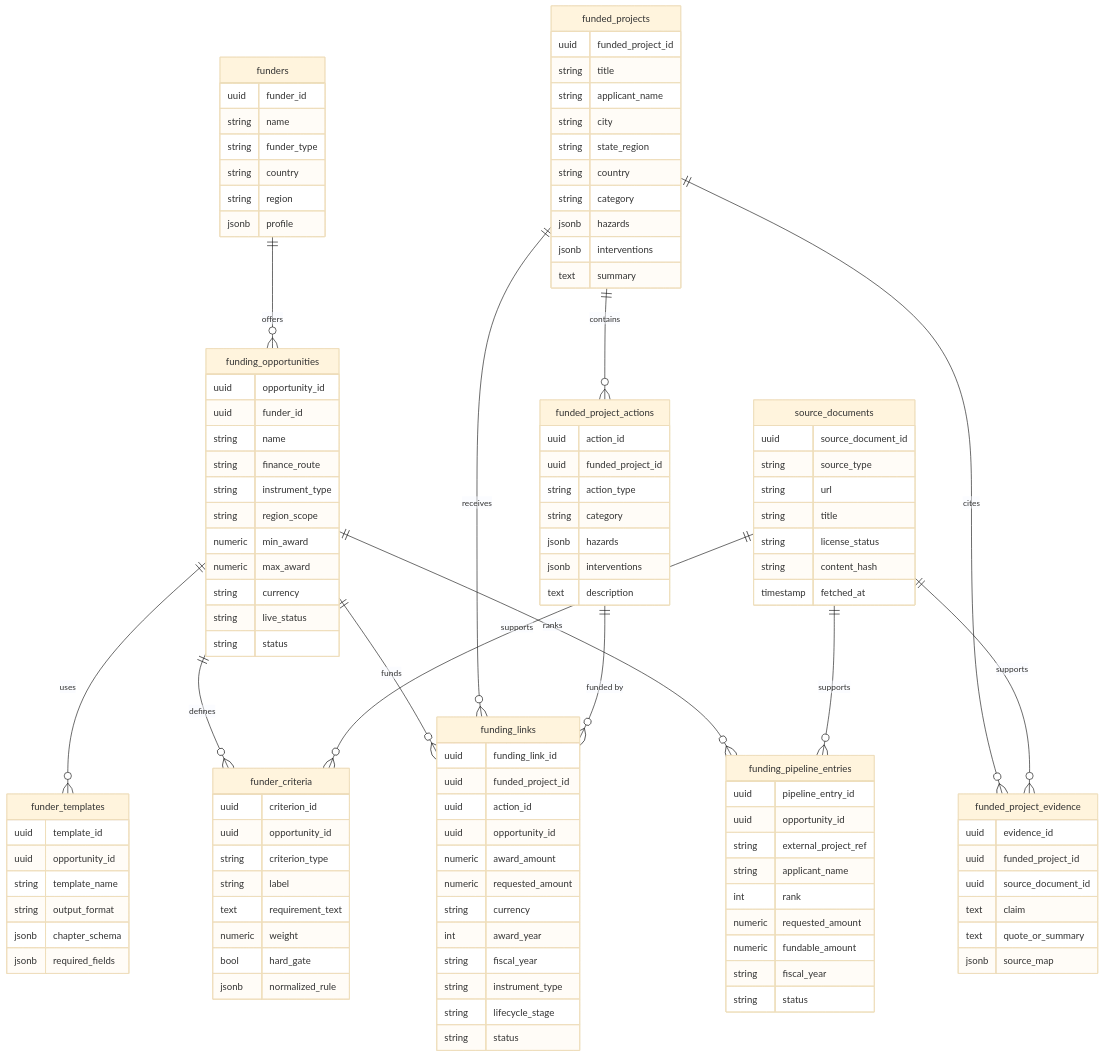
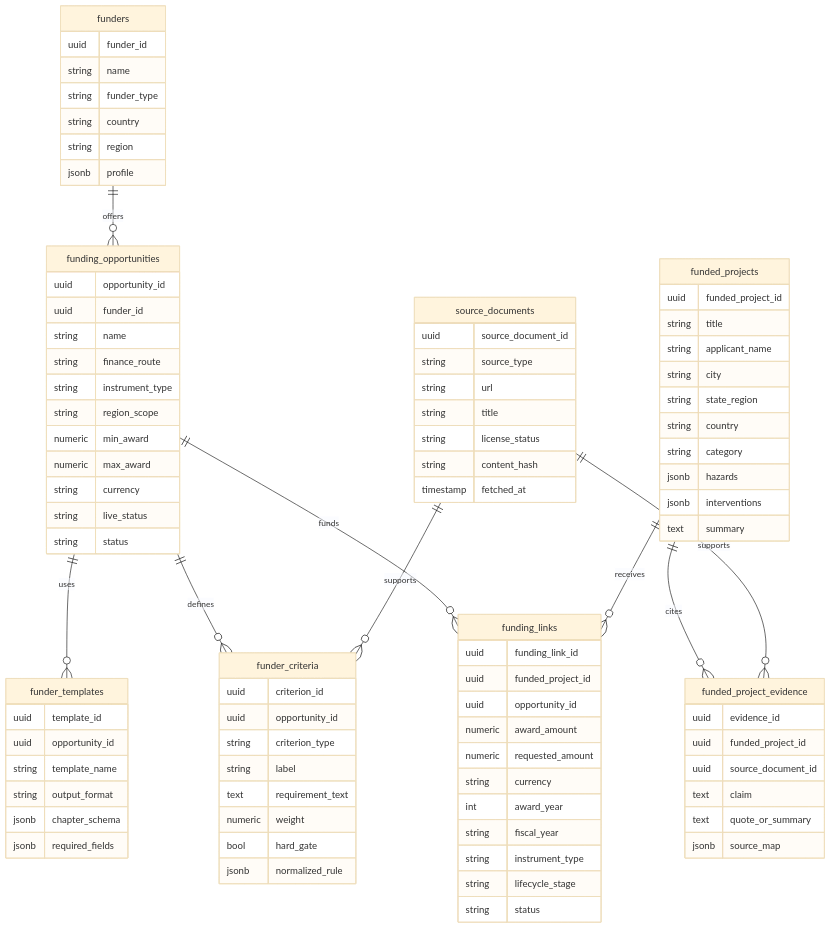
The sixth of 13 diagrams in docs/ConceptNoteBuilderArchitecture.md (Open-Earth-Foundation/CityCatalyst), drawn with Mermaid (base theme) before and after one commit. The commit also changed other lines of this file and 1 other file, not shown here.

Commit message:
Align PDF OCR and concept note architecture

```diff
--- a/docs/ConceptNoteBuilderArchitecture.md
+++ b/docs/ConceptNoteBuilderArchitecture.md
@@ -471,14 +489,10 @@
     funding_opportunities ||--o{ funder_templates : "uses"
     funding_opportunities ||--o{ funder_criteria : "defines"
     funding_opportunities ||--o{ funding_links : "funds"
-    funding_opportunities ||--o{ funding_pipeline_entries : "ranks"
-    funded_projects ||--o{ funded_project_actions : "contains"
     funded_projects ||--o{ funding_links : "receives"
-    funded_project_actions ||--o{ funding_links : "funded by"
     funded_projects ||--o{ funded_project_evidence : "cites"
     source_documents ||--o{ funded_project_evidence : "supports"
     source_documents ||--o{ funder_criteria : "supports"
-    source_documents ||--o{ funding_pipeline_entries : "supports"
 
     funders {
         uuid funder_id
@@ -536,20 +550,9 @@
         text summary
     }
 
-    funded_project_actions {
-        uuid action_id
-        uuid funded_project_id
-        string action_type
-        string category
-        jsonb hazards
-        jsonb interventions
-        text description
-    }
-
     funding_links {
         uuid funding_link_id
         uuid funded_project_id
-        uuid action_id
         uuid opportunity_id
         numeric award_amount
         numeric requested_amount
@@ -558,18 +561,6 @@
         string fiscal_year
         string instrument_type
         string lifecycle_stage
-        string status
-    }
-
-    funding_pipeline_entries {
-        uuid pipeline_entry_id
-        uuid opportunity_id
-        string external_project_ref
-        string applicant_name
-        int rank
-        numeric requested_amount
-        numeric fundable_amount
-        string fiscal_year
         string status
     }
 
```
